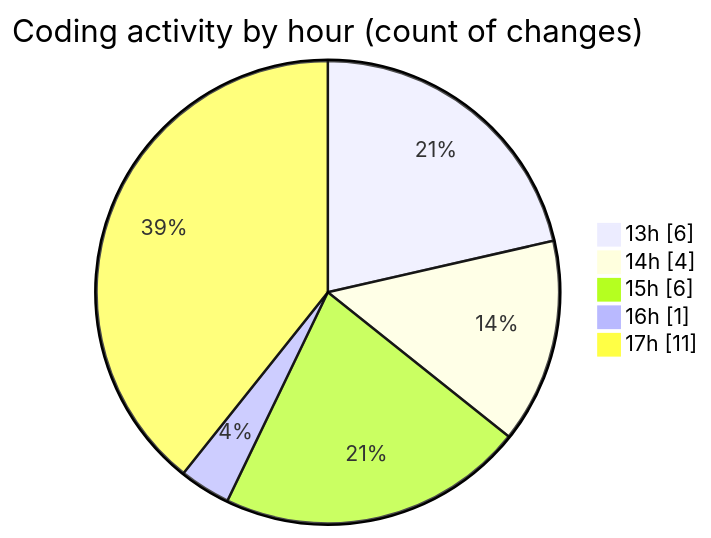
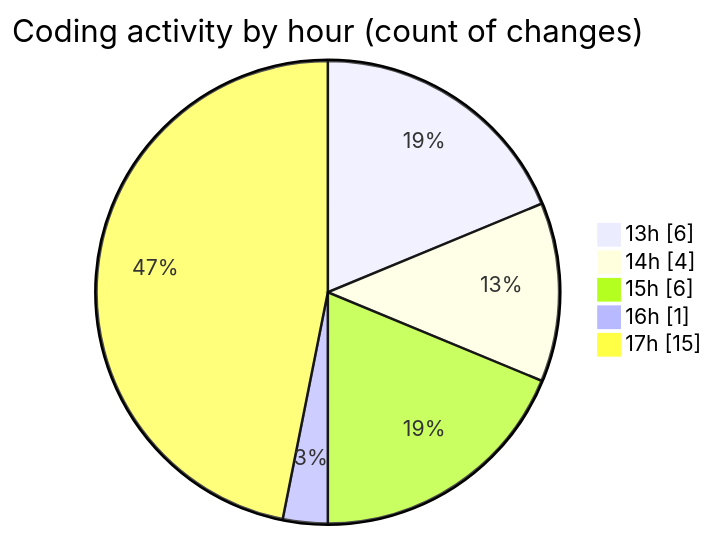
The second of 2 diagrams in 2025-05-17/niten/README.md (Elitesun/code-tracking), drawn with Mermaid before and after one commit. The commit also changed other lines of this file and 1 other file, not shown here.

````diff
--- a/2025-05-17/niten/README.md
+++ b/2025-05-17/niten/README.md
@@ -33,9 +33,9 @@
 ```mermaid
 pie showData
 title Coding activity by hour (count of changes)
 "13h" : 6
 "14h" : 4
 "15h" : 6
 "16h" : 1
-"17h" : 11
+"17h" : 15
 ```
````
